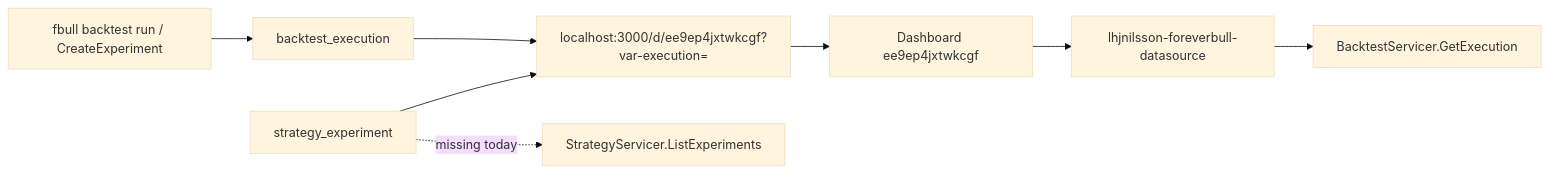
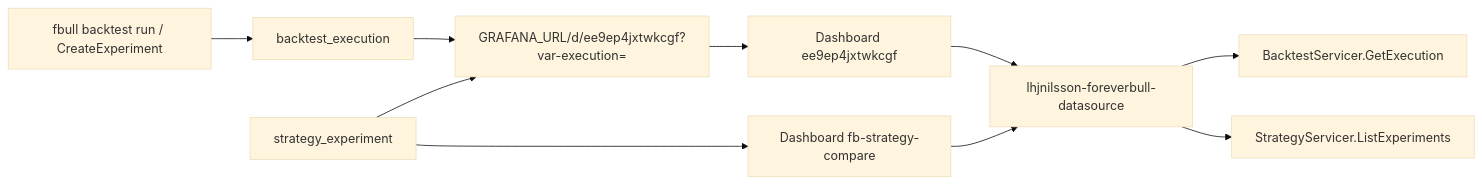
The diagram in grafana/ANALYSIS.md (lhjnilsson/foreverbull), drawn with Mermaid (base theme) before and after one commit. The commit also changed other lines of this file and 3 other files, not shown here.

````diff
--- a/grafana/ANALYSIS.md
+++ b/grafana/ANALYSIS.md
@@ -27,10 +27,12 @@
 ```mermaid
 flowchart LR
   run[fbull backtest run / CreateExperiment] --> exec[backtest_execution]
-  exec --> link["localhost:3000/d/ee9ep4jxtwkcgf?var-execution="]
+  exec --> link["GRAFANA_URL/d/ee9ep4jxtwkcgf?var-execution="]
   link --> dash[Dashboard ee9ep4jxtwkcgf]
   dash --> ds[lhjnilsson-foreverbull-datasource]
   ds --> broker[BacktestServicer.GetExecution]
   exp[strategy_experiment] --> link
-  exp -.->|missing today| strat[StrategyServicer.ListExperiments]
+  exp --> compare[Dashboard fb-strategy-compare]
+  compare --> ds
+  ds --> strat[StrategyServicer.ListExperiments]
 ```
````
